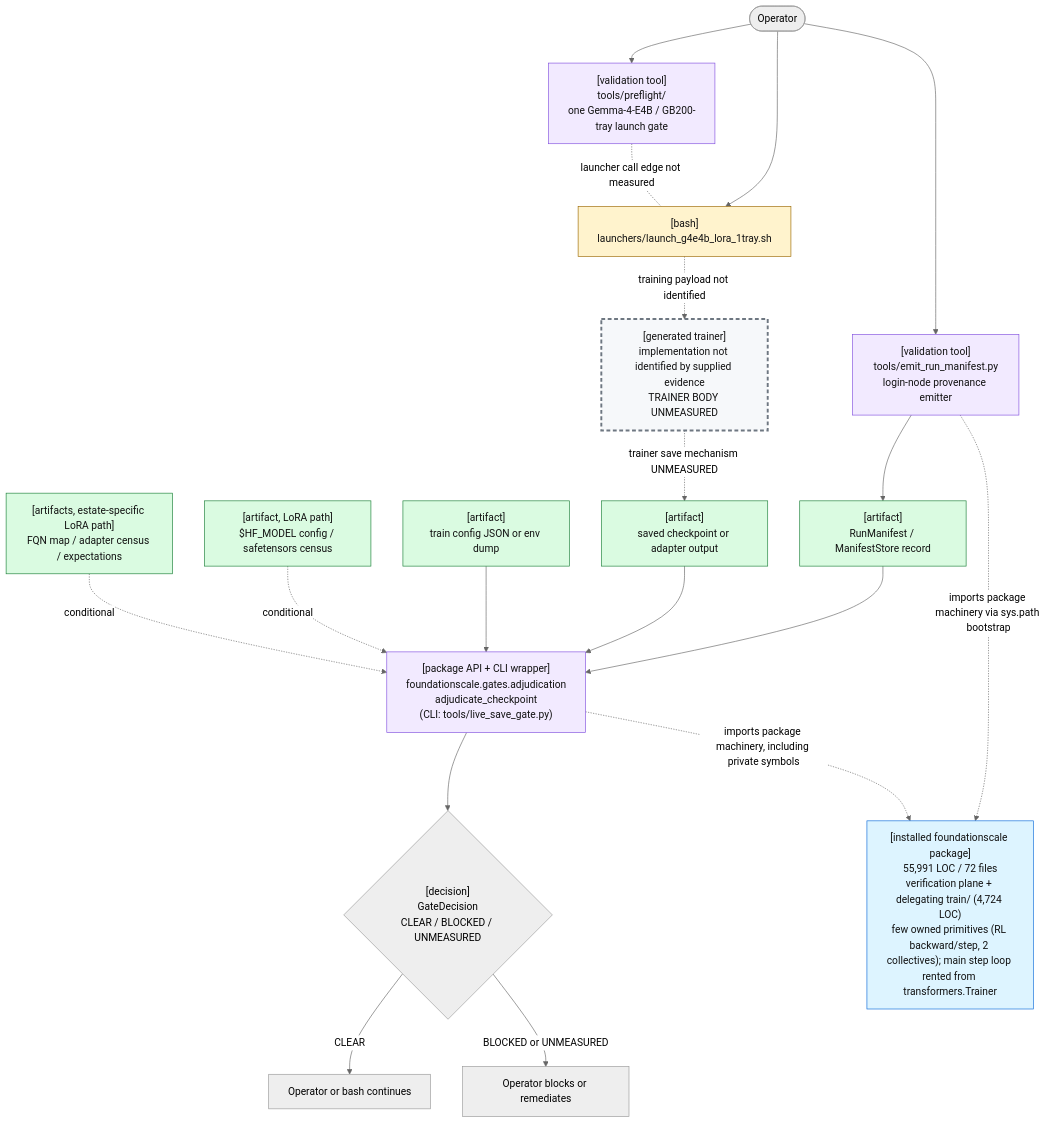
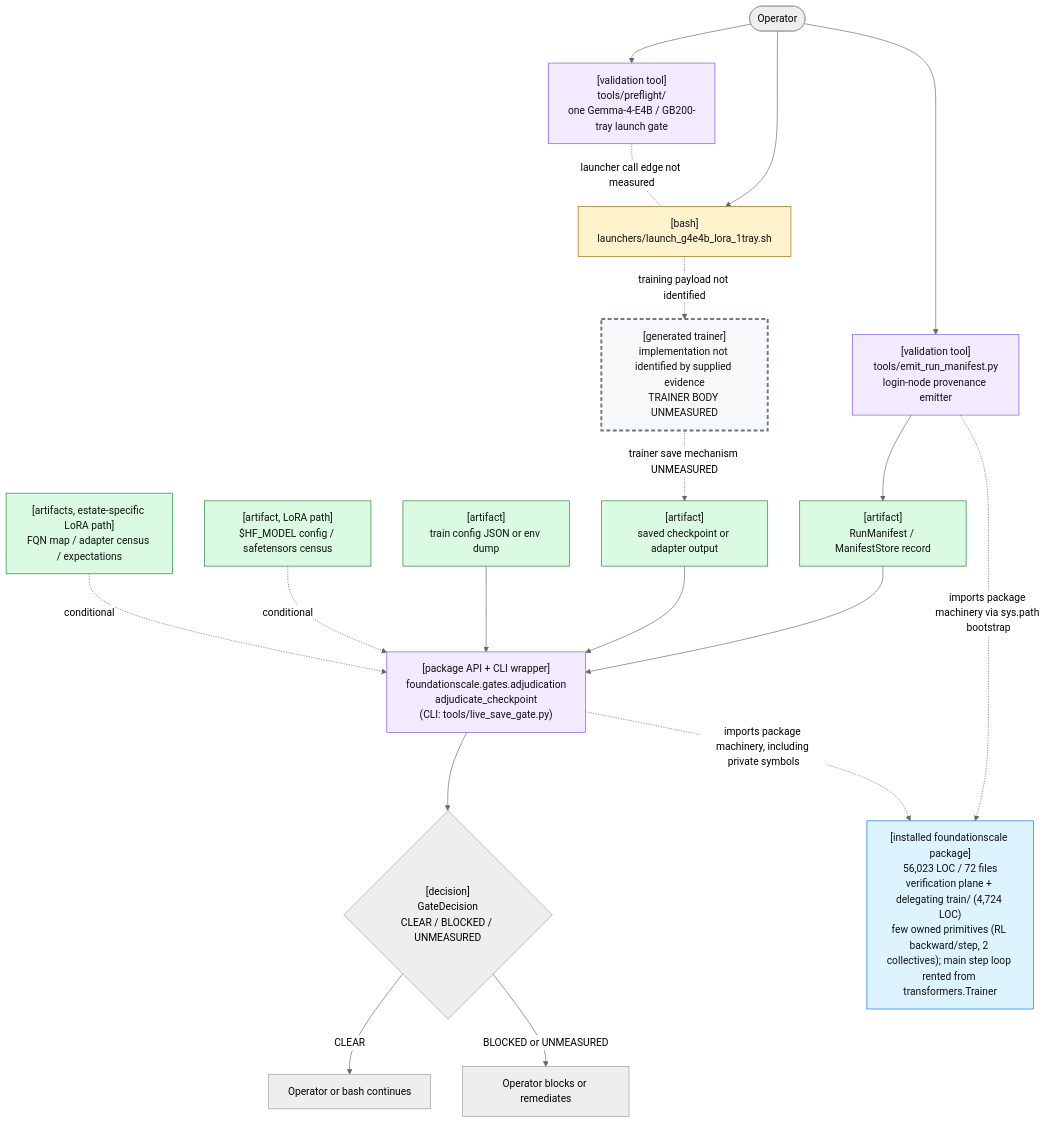
Before and after one commit to TranNhiem/FoundationScale: the first of 2 diagrams in docs/review/D2_current_architecture.md, drawn with Mermaid (neutral theme). The commit also changed other lines of this file and 12 other files, not shown here.

````diff
--- a/docs/review/D2_current_architecture.md
+++ b/docs/review/D2_current_architecture.md
@@ -25,59 +25,59 @@
 ```mermaid
 flowchart TB
   O(["Operator"])
 
   PF["[validation tool]<br/>tools/preflight/<br/>one Gemma-4-E4B / GB200-tray launch gate"]
   L["[bash]<br/>launchers/launch_g4e4b_lora_1tray.sh"]
 
   E["[validation tool]<br/>tools/emit_run_manifest.py<br/>login-node provenance emitter"]
   M["[artifact]<br/>RunManifest / ManifestStore record"]
 
   T["[generated trainer]<br/>implementation not identified by supplied evidence<br/>TRAINER BODY UNMEASURED"]
   C["[artifact]<br/>saved checkpoint or adapter output"]
 
   G["[package API + CLI wrapper]<br/>foundationscale.gates.adjudication<br/>adjudicate_checkpoint<br/>(CLI: tools/live_save_gate.py)"]
   CFG["[artifact]<br/>train config JSON or env dump"]
   BASE["[artifact, LoRA path]<br/>$HF_MODEL config / safetensors census"]
   CEN["[artifacts, estate-specific LoRA path]<br/>FQN map / adapter census / expectations"]
 
   D{"[decision]<br/>GateDecision<br/>CLEAR / BLOCKED / UNMEASURED"}
   OK["Operator or bash continues"]
   NO["Operator blocks or remediates"]
 
-  PKG["[installed foundationscale package]<br/>55,991 LOC / 72 files<br/>verification plane + delegating train/ (4,724 LOC)<br/>few owned primitives (RL backward/step, 2 collectives); main step loop rented from transformers.Trainer"]
+  PKG["[installed foundationscale package]<br/>56,023 LOC / 72 files<br/>verification plane + delegating train/ (4,724 LOC)<br/>few owned primitives (RL backward/step, 2 collectives); main step loop rented from transformers.Trainer"]
 
   O --> PF
   O --> L
   PF -. "launcher call edge not measured" .- L
 
   O --> E
   E --> M
 
   L -. "training payload not identified" .-> T
   T -. "trainer save mechanism UNMEASURED" .-> C
 
   M --> G
   C --> G
   CFG --> G
   BASE -. "conditional" .-> G
   CEN -. "conditional" .-> G
 
   E -. "imports package machinery via sys.path bootstrap" .-> PKG
   G -. "imports package machinery, including private symbols" .-> PKG
 
   G --> D
   D -->|"CLEAR"| OK
   D -->|"BLOCKED or UNMEASURED"| NO
 
   classDef bash fill:#fff3cd,stroke:#9a6700,color:#111;
   classDef tool fill:#f2eaff,stroke:#8250df,color:#111;
   classDef artifact fill:#dafbe1,stroke:#1a7f37,color:#111;
   classDef gap fill:#f6f8fa,stroke:#6e7781,stroke-width:3px,stroke-dasharray: 6 4,color:#111;
   classDef pkg fill:#ddf4ff,stroke:#0969da,color:#111;
 
   class L bash;
   class PF,E,G tool;
   class M,C,CFG,BASE,CEN artifact;
   class T gap;
   class PKG pkg;
 ```
````
